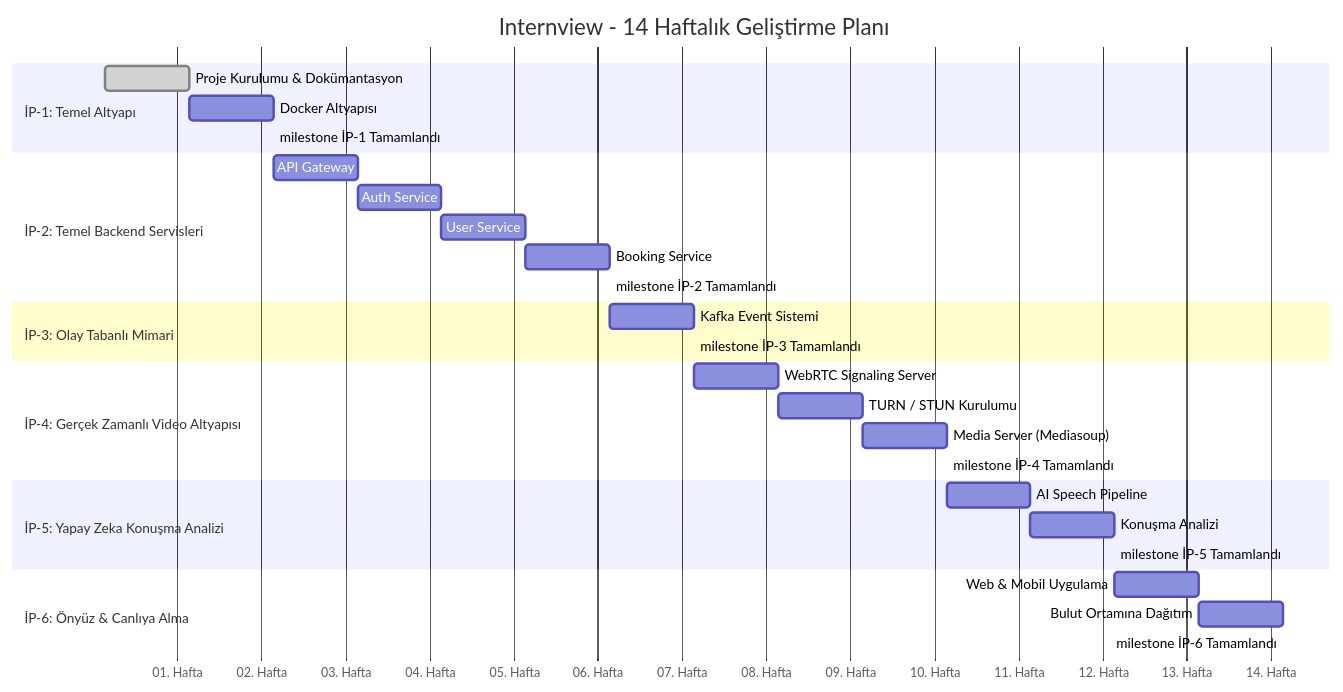
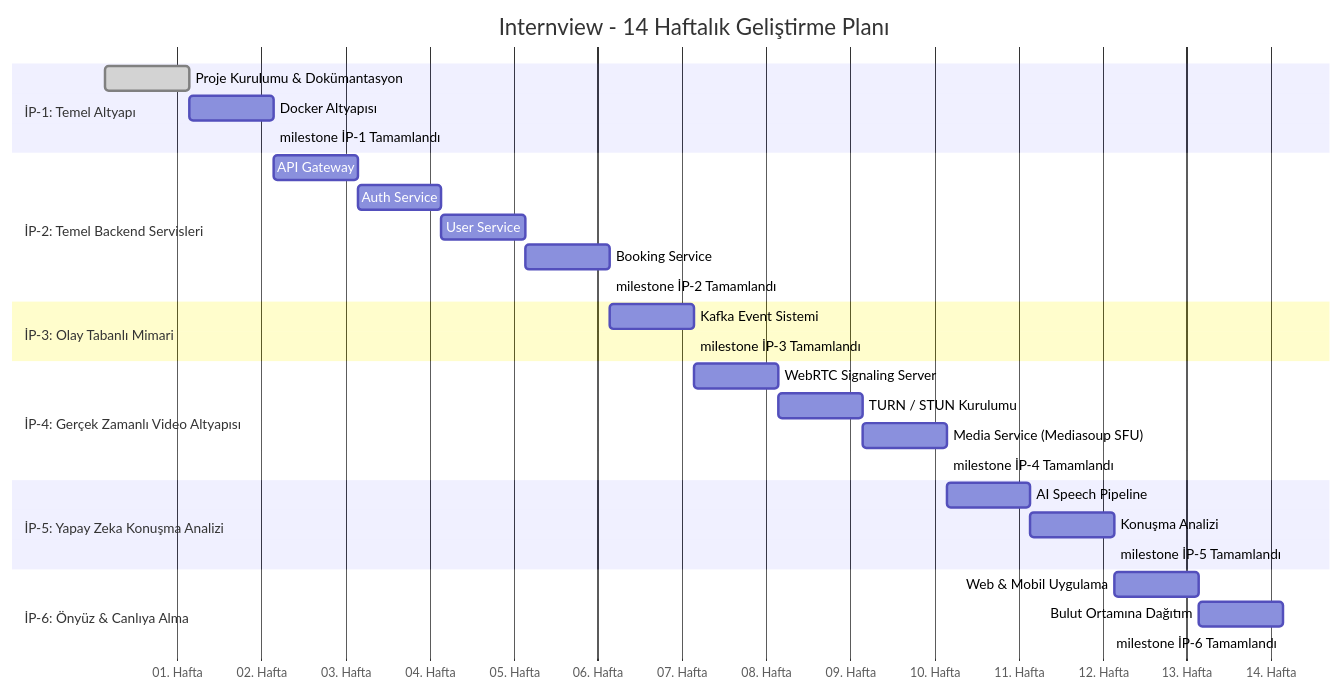
Before and after one commit to Ulwus/Internview: the diagram in docs/roadmap.md, drawn with Mermaid. The commit also changed other lines of this file and 2 other files, not shown here.

First line of the commit message:
Rename MediaServer to MediaService, add Node.js

````diff
--- a/docs/roadmap.md
+++ b/docs/roadmap.md
@@ -7,38 +7,38 @@
 ```mermaid
 gantt
     title Internview - 14 Haftalık Geliştirme Planı
     dateFormat YYYY-MM-DD
     axisFormat %W. Hafta
 
     section İP-1: Temel Altyapı
     Proje Kurulumu & Dokümantasyon :done, w1, 2026-01-05, 7d
     Docker Altyapısı :w2, after w1, 7d
     milestone İP-1 Tamamlandı :m1, after w2, 0d
 
     section İP-2: Temel Backend Servisleri
     API Gateway :w3, after w2, 7d
     Auth Service :w4, after w3, 7d
     User Service :w5, after w4, 7d
     Booking Service :w6, after w5, 7d
     milestone İP-2 Tamamlandı :m2, after w6, 0d
 
     section İP-3: Olay Tabanlı Mimari
     Kafka Event Sistemi :w7, after w6, 7d
     milestone İP-3 Tamamlandı :m3, after w7, 0d
 
     section İP-4: Gerçek Zamanlı Video Altyapısı
     WebRTC Signaling Server :w8, after w7, 7d
     TURN / STUN Kurulumu :w9, after w8, 7d
-    Media Server (Mediasoup) :w10, after w9, 7d
+    Media Service (Mediasoup SFU) :w10, after w9, 7d
     milestone İP-4 Tamamlandı :m4, after w10, 0d
 
     section İP-5: Yapay Zeka Konuşma Analizi
     AI Speech Pipeline :w11, after w10, 7d
     Konuşma Analizi :w12, after w11, 7d
     milestone İP-5 Tamamlandı :m5, after w12, 0d
 
     section İP-6: Önyüz & Canlıya Alma
     Web & Mobil Uygulama :w13, after w12, 7d
     Bulut Ortamına Dağıtım :w14, after w13, 7d
     milestone İP-6 Tamamlandı :m6, after w14, 0d
 ```
````
